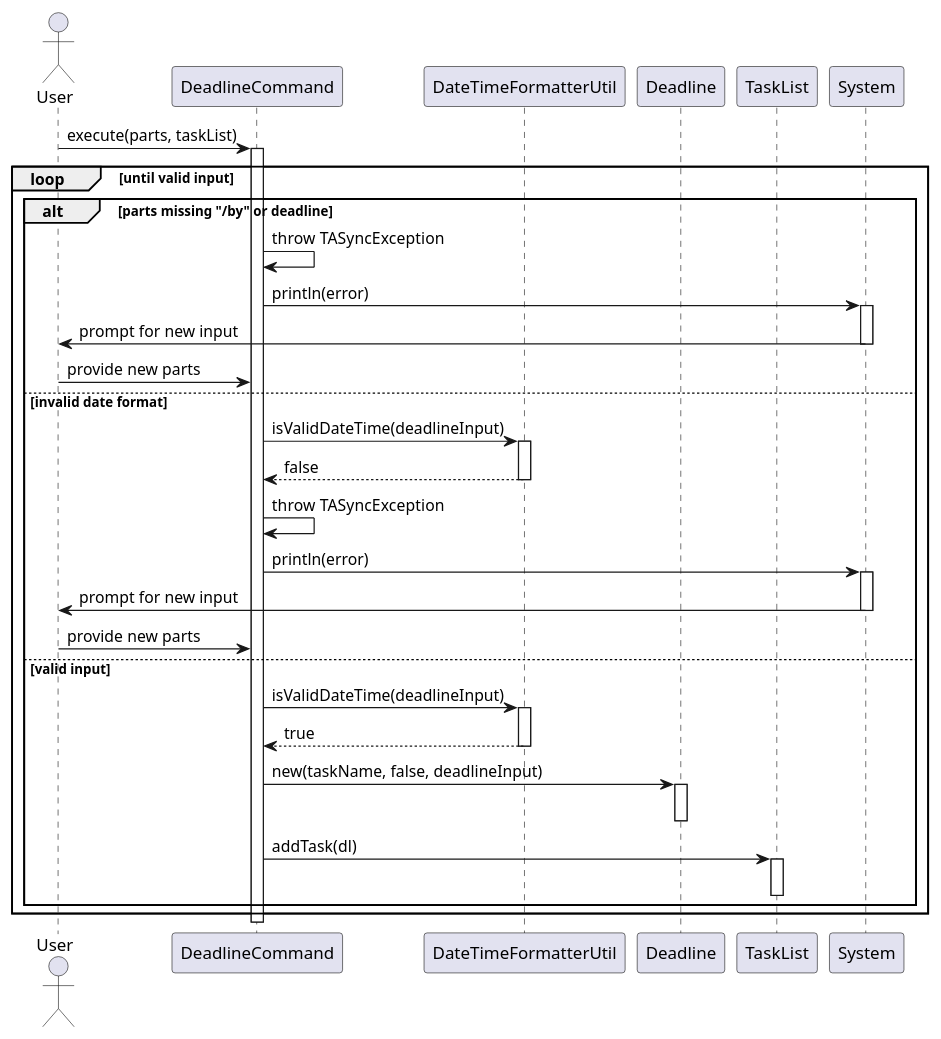
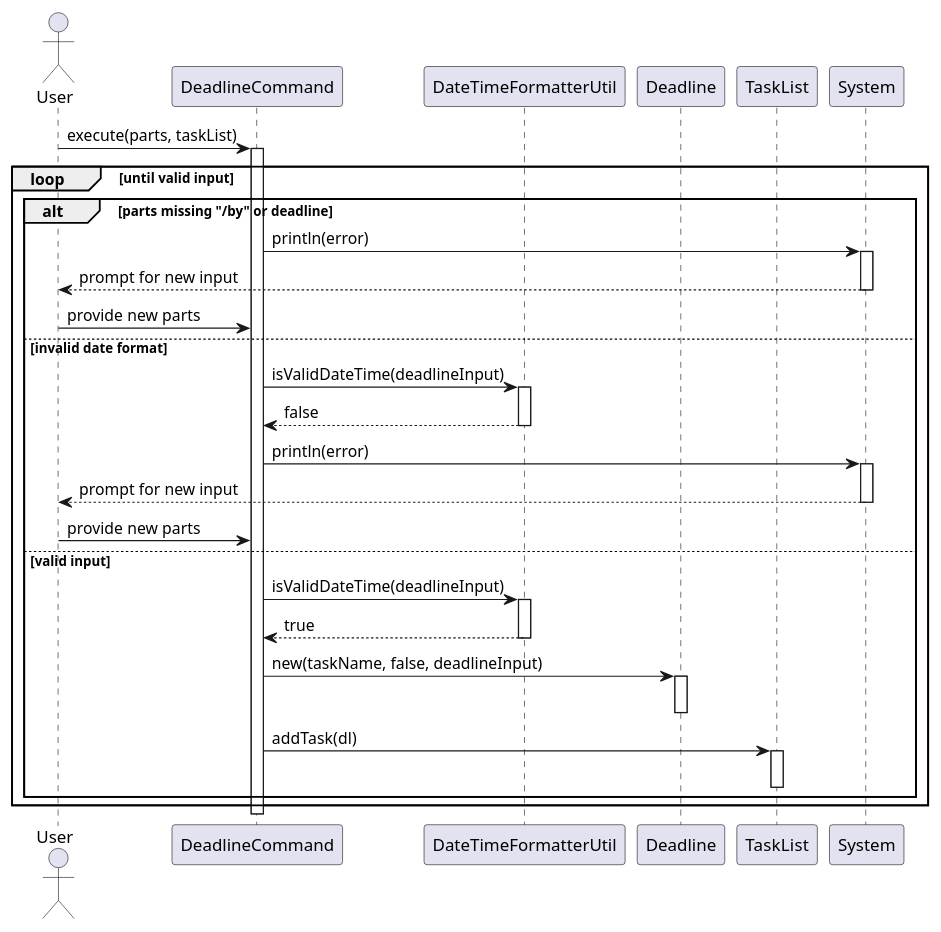
One commit to wongyihao02/tp changed the diagram in docs/diagrams/tasklistcommands/DeadlineCommandSequenceDiagram.puml. Above: the diagram before and after it, drawn with PlantUML. The commit also changed 17 other files, not shown here.

Commit message:
Edit errors in task commands sequence diagrams

```diff
--- a/docs/diagrams/tasklistcommands/DeadlineCommandSequenceDiagram.puml
+++ b/docs/diagrams/tasklistcommands/DeadlineCommandSequenceDiagram.puml
@@ -1,52 +1,50 @@
 @startuml
 'https://plantuml.com/sequence-diagram
 
 actor User
 
 participant "DeadlineCommand" as DeadlineCmd
 participant "DateTimeFormatterUtil" as Formatter
 participant "Deadline" as Deadline
 participant "TaskList" as TaskList
 participant "System" as Console
 
 User -> DeadlineCmd : execute(parts, taskList)
 activate DeadlineCmd
 
 loop until valid input
     alt parts missing "/by" or deadline
-        DeadlineCmd -> DeadlineCmd : throw TASyncException
         DeadlineCmd -> Console : println(error)
         activate Console
-        Console -> User : prompt for new input
+        Console --> User : prompt for new input
         deactivate Console
         User -> DeadlineCmd : provide new parts
     else invalid date format
         DeadlineCmd -> Formatter : isValidDateTime(deadlineInput)
         activate Formatter
         Formatter --> DeadlineCmd : false
         deactivate Formatter
 
-        DeadlineCmd -> DeadlineCmd : throw TASyncException
         DeadlineCmd -> Console : println(error)
         activate Console
-        Console -> User : prompt for new input
+        Console --> User : prompt for new input
         deactivate Console
         User -> DeadlineCmd : provide new parts
     else valid input
         DeadlineCmd -> Formatter : isValidDateTime(deadlineInput)
         activate Formatter
         Formatter --> DeadlineCmd : true
         deactivate Formatter
 
         DeadlineCmd -> Deadline : new(taskName, false, deadlineInput)
         activate Deadline
         deactivate Deadline
 
         DeadlineCmd -> TaskList : addTask(dl)
         activate TaskList
         deactivate TaskList
     end
 end
 
 deactivate DeadlineCmd
 @enduml
```
